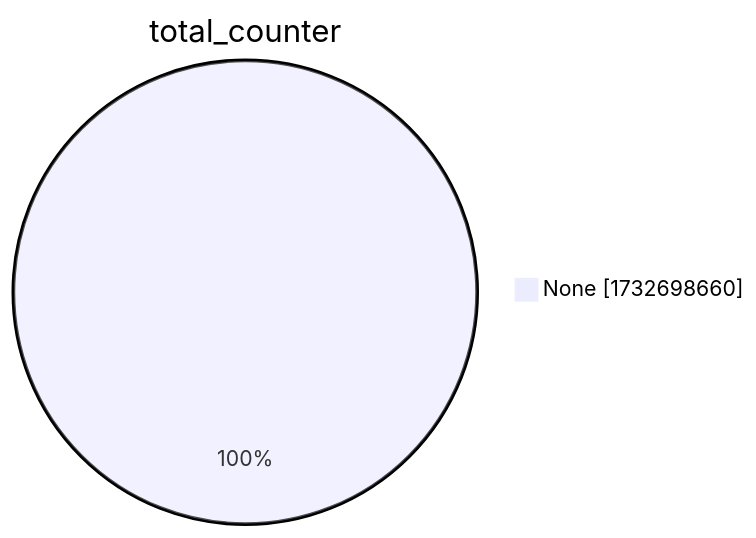
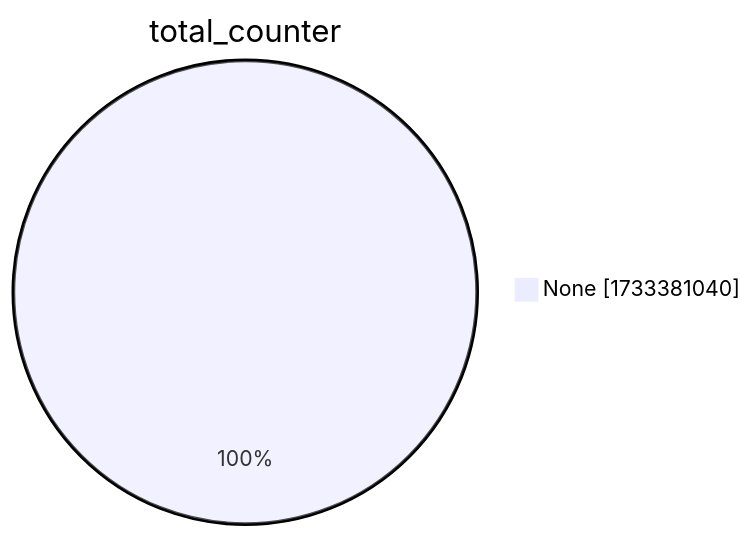
One commit to christiankrug/ctmonitor_visualization changed the second of 15 diagrams in xenon2022/README.md. Above: the diagram before and after it, drawn with Mermaid. The commit also changed other lines of this file, not shown here.

````diff
--- a/xenon2022/README.md
+++ b/xenon2022/README.md
@@ -9,5 +9,5 @@
 ```mermaid
 pie showData
 title total_counter
-"None" :1732698660
+"None" :1733381040
 ```
````
